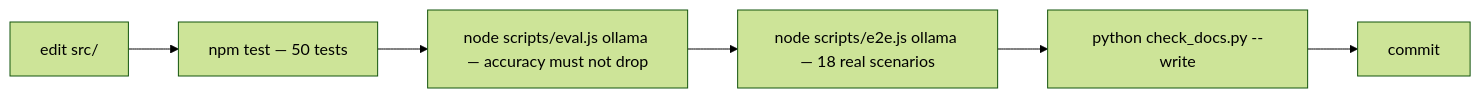
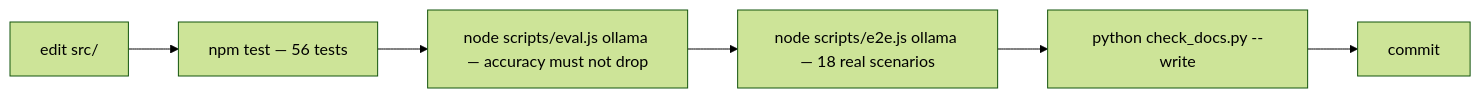
One commit to vishnurkb/GitCat changed the second of 2 diagrams in docs/architecture.md. Above: the diagram before and after it, drawn with Mermaid (forest theme). The commit also changed other lines of this file and 14 other files, not shown here.

Commit message:
docs: update architecture and structure docs to reflect new verifier step and post-release fixes

````diff
--- a/docs/architecture.md
+++ b/docs/architecture.md
@@ -71,8 +71,8 @@
 ```mermaid
 flowchart LR
-  E[edit src/] --> T[npm test — 50 tests]
+  E[edit src/] --> T[npm test — 56 tests]
   T --> EV[node scripts/eval.js ollama — accuracy must not drop]
   EV --> E2[node scripts/e2e.js ollama — 18 real scenarios]
   E2 --> D[python check_docs.py --write]
   D --> C[commit]
 ```
````
